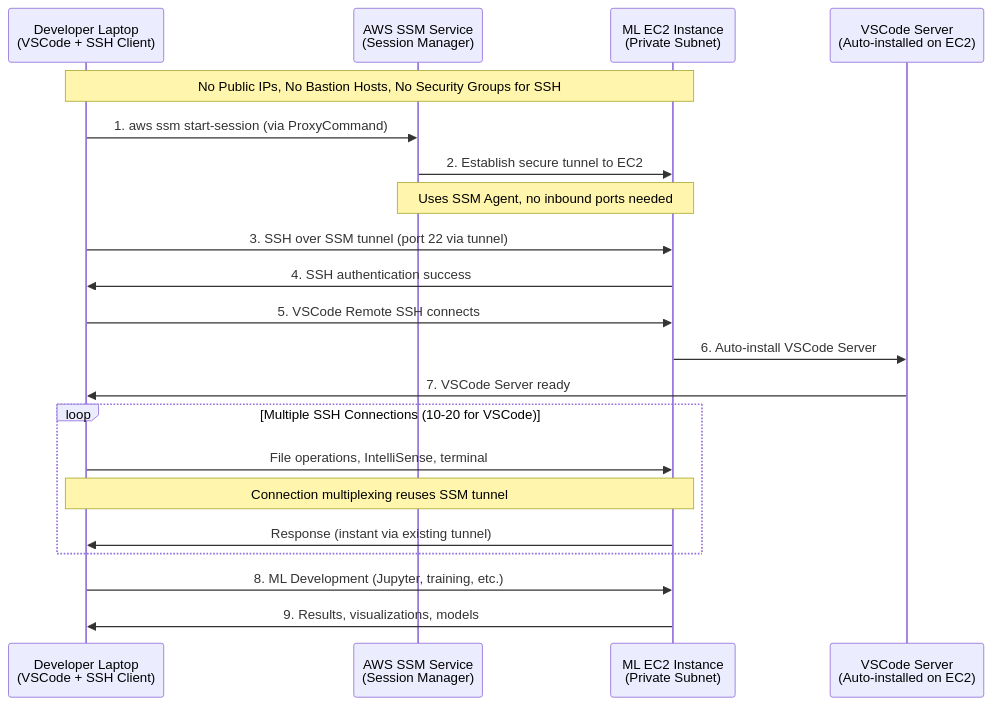
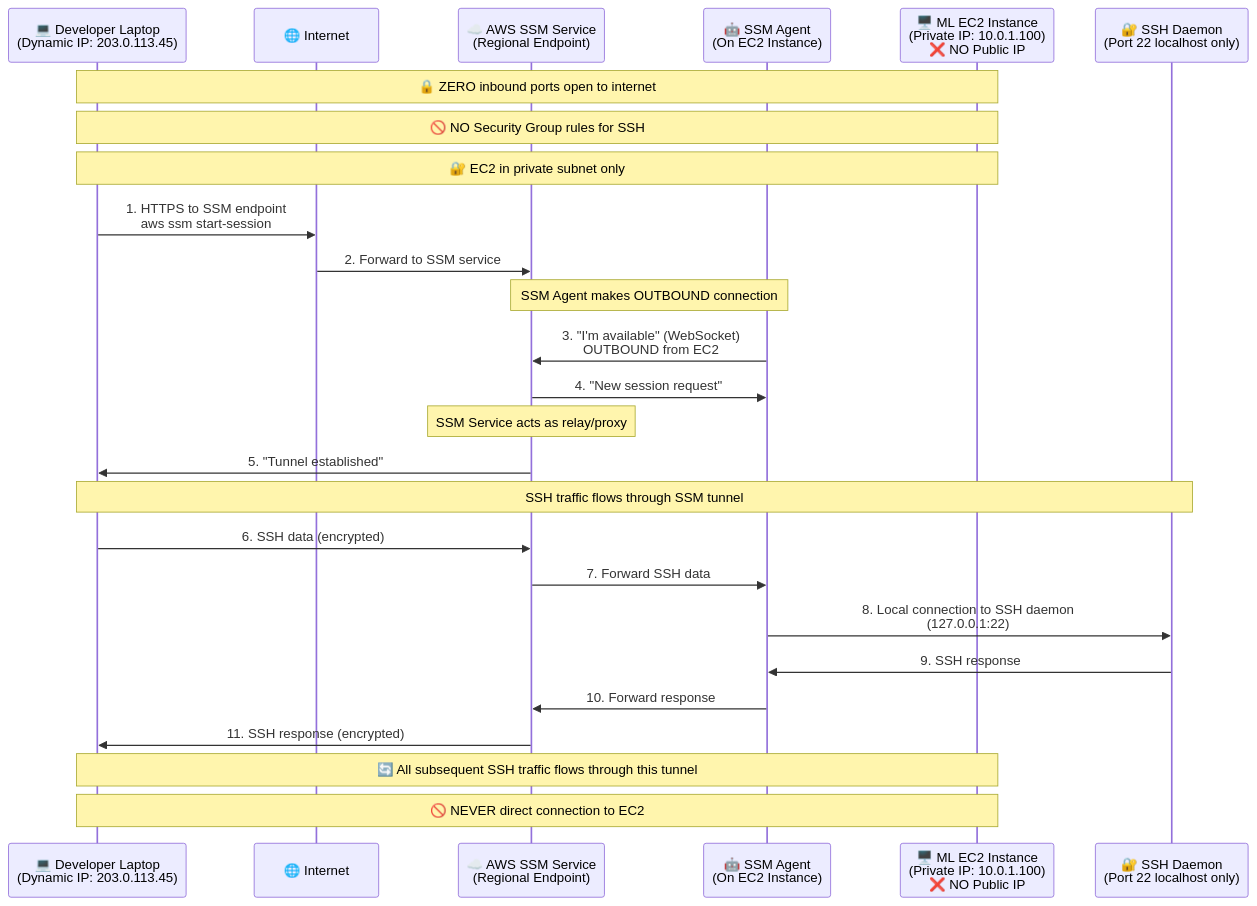
The sixth of 15 diagrams in README.md (hugger-beep/ssm_ssh), drawn with Mermaid before and after one commit. The commit also changed other lines of this file, not shown here.

````diff
--- a/README.md
+++ b/README.md
@@ -268,29 +350,35 @@
 ```mermaid
 sequenceDiagram
-    participant Dev as Developer Laptop<br/>(VSCode + SSH Client)
-    participant SSM as AWS SSM Service<br/>(Session Manager)
-    participant EC2 as ML EC2 Instance<br/>(Private Subnet)
-    participant VSServer as VSCode Server<br/>(Auto-installed on EC2)
+    participant Dev as 💻 Developer Laptop<br/>(Dynamic IP: 203.0.113.45)
+    participant Internet as 🌐 Internet
+    participant SSM as ☁️ AWS SSM Service<br/>(Regional Endpoint)
+    participant Agent as 🤖 SSM Agent<br/>(On EC2 Instance)
+    participant EC2 as 🖥️ ML EC2 Instance<br/>(Private IP: 10.0.1.100)<br/>❌ NO Public IP
+    participant SSH as 🔐 SSH Daemon<br/>(Port 22 localhost only)
     
-    Note over Dev,EC2: No Public IPs, No Bastion Hosts, No Security Groups for SSH
+    Note over Dev,EC2: 🔒 ZERO inbound ports open to internet
+    Note over Dev,EC2: 🚫 NO Security Group rules for SSH
+    Note over Dev,EC2: 🔐 EC2 in private subnet only
     
-    Dev->>SSM: 1. aws ssm start-session (via ProxyCommand)
-    SSM->>EC2: 2. Establish secure tunnel to EC2
-    Note over SSM,EC2: Uses SSM Agent, no inbound ports needed
+    Dev->>Internet: 1. HTTPS to SSM endpoint<br/>aws ssm start-session
+    Internet->>SSM: 2. Forward to SSM service
     
-    Dev->>EC2: 3. SSH over SSM tunnel (port 22 via tunnel)
-    EC2->>Dev: 4. SSH authentication success
+    Note over SSM,Agent: SSM Agent makes OUTBOUND connection
+    Agent->>SSM: 3. "I'm available" (WebSocket)<br/>OUTBOUND from EC2
+    SSM->>Agent: 4. "New session request"
     
-    Dev->>EC2: 5. VSCode Remote SSH connects
-    EC2->>VSServer: 6. Auto-install VSCode Server
-    VSServer->>Dev: 7. VSCode Server ready
+    Note over SSM: SSM Service acts as relay/proxy
+    SSM->>Dev: 5. "Tunnel established"
     
-    loop Multiple SSH Connections (10-20 for VSCode)
-        Dev->>EC2: File operations, IntelliSense, terminal
-        Note over Dev,EC2: Connection multiplexing reuses SSM tunnel
-        EC2->>Dev: Response (instant via existing tunnel)
-    end
+    Note over Dev,SSH: SSH traffic flows through SSM tunnel
+    Dev->>SSM: 6. SSH data (encrypted)
+    SSM->>Agent: 7. Forward SSH data
+    Agent->>SSH: 8. Local connection to SSH daemon<br/>(127.0.0.1:22)
     
-    Dev->>EC2: 8. ML Development (Jupyter, training, etc.)
-    EC2->>Dev: 9. Results, visualizations, models
+    SSH->>Agent: 9. SSH response
+    Agent->>SSM: 10. Forward response
+    SSM->>Dev: 11. SSH response (encrypted)
+    
+    Note over Dev,EC2: 🔄 All subsequent SSH traffic flows through this tunnel
+    Note over Dev,EC2: 🚫 NEVER direct connection to EC2
 ```
````
